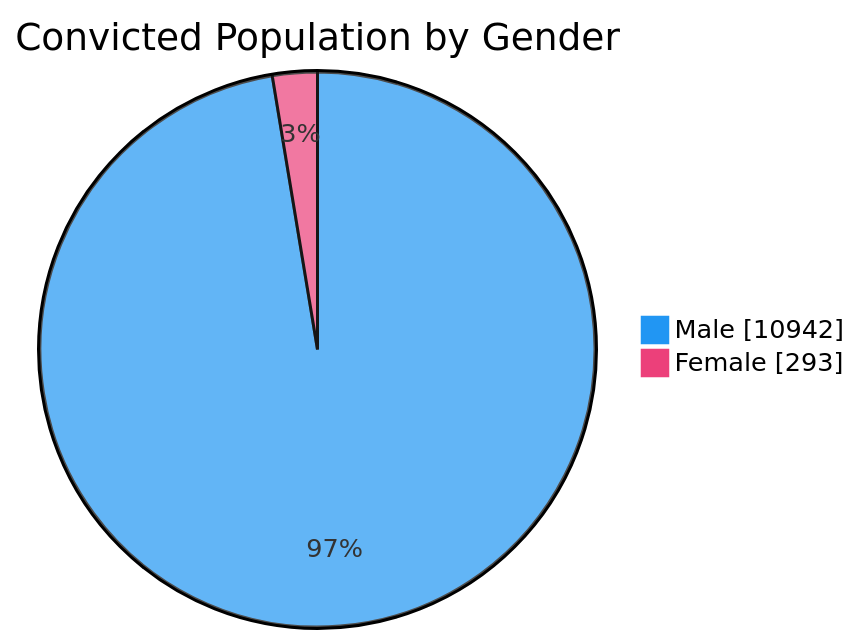
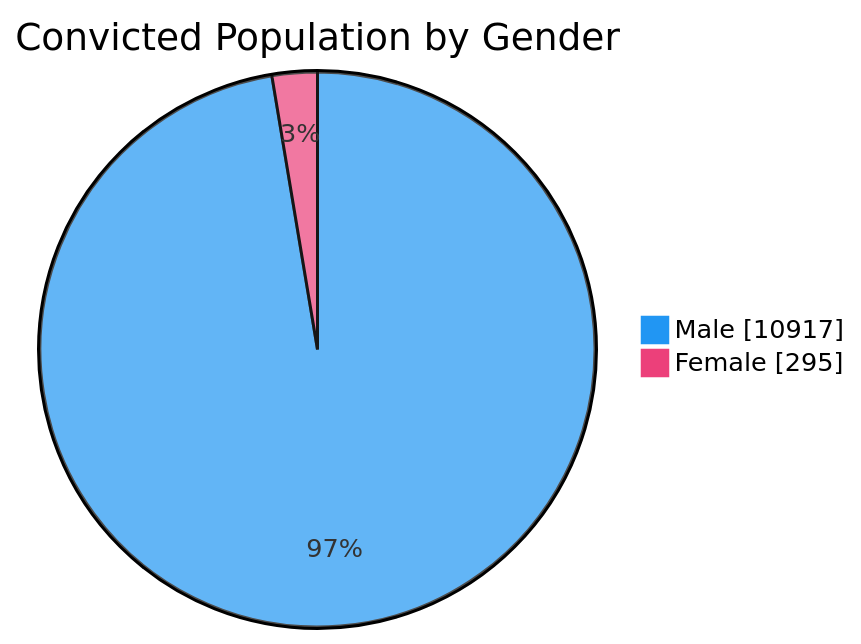
The third of 7 diagrams in README.md (nuuuwan/lk_prisons), drawn with Mermaid before and after one commit. The commit also changed other lines of this file and 1 other file, not shown here.

````diff
--- a/README.md
+++ b/README.md
@@ -65,6 +65,6 @@
 ```mermaid
 %%{init: {'themeVariables': {'pie1': '#2196F3', 'pie2': '#EC407A'}}}%%
 pie showData title Convicted Population by Gender
-    "Male" : 10942
-    "Female" : 293
+    "Male" : 10917
+    "Female" : 295
 ```
````
